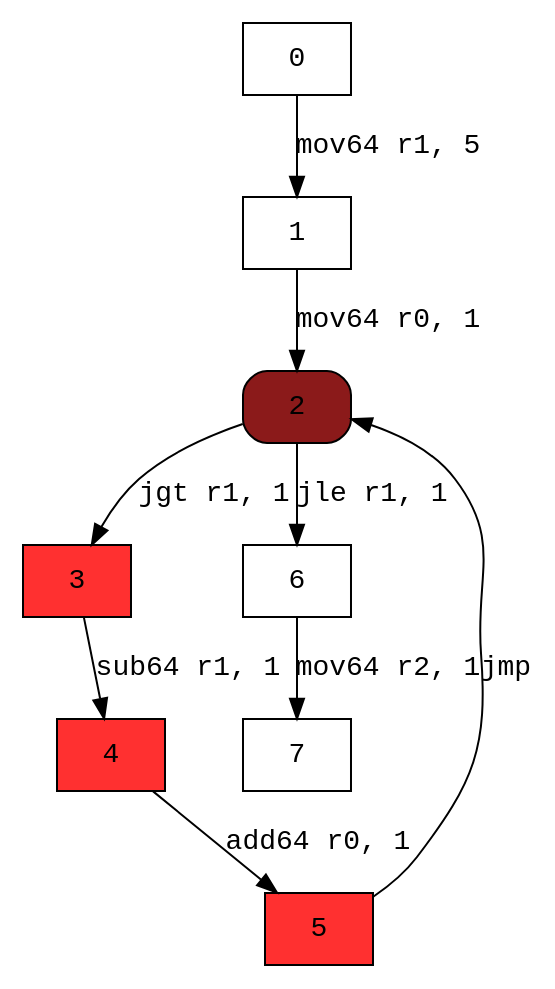
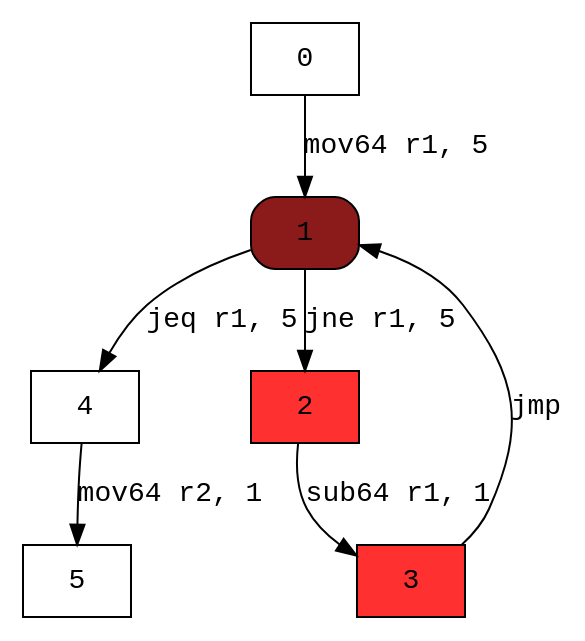
Before and after one commit to XicoCorreia/Information-Flow-Analysis-Thesis: the diagram in examples/graphs/test.dot, drawn with Graphviz. The commit also changed 12 other files, not shown here.

```diff
--- a/examples/graphs/test.dot
+++ b/examples/graphs/test.dot
@@ -1,17 +1,14 @@
 digraph cfg { 
 node [fontname="monospace"];
 node [shape=box];
 edge [fontname="monospace"];
   0 -> 1 [label="mov64 r1, 5"];
-  1 -> 2 [label="mov64 r0, 1"];
-  2 -> 3 [label="jgt r1, 1"];
-  2 -> 6 [label="jle r1, 1"];
-  3 -> 4 [label="sub64 r1, 1"];
-  4 -> 5 [label="add64 r0, 1"];
-  5 -> 2 [label="jmp"];
-  6 -> 7 [label="mov64 r2, 1"];
-2 [style="rounded,filled",fillcolor=firebrick4];
+  1 -> 4 [label="jeq r1, 5"];
+  1 -> 2 [label="jne r1, 5"];
+  2 -> 3 [label="sub64 r1, 1"];
+  3 -> 1 [label="jmp"];
+  4 -> 5 [label="mov64 r2, 1"];
+1 [style="rounded,filled",fillcolor=firebrick4];
+2 [style=filled,fillcolor=firebrick1];
 3 [style=filled,fillcolor=firebrick1];
-4 [style=filled,fillcolor=firebrick1];
-5 [style=filled,fillcolor=firebrick1];
 }
```
